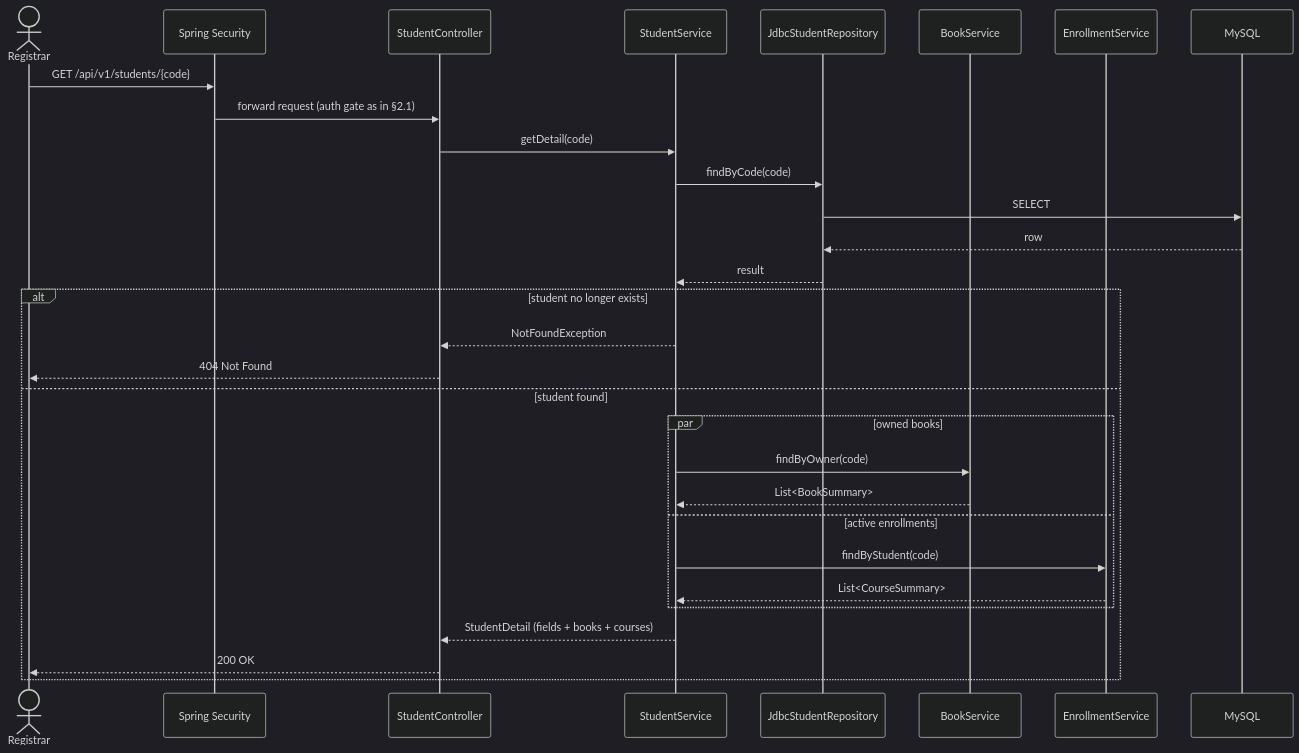
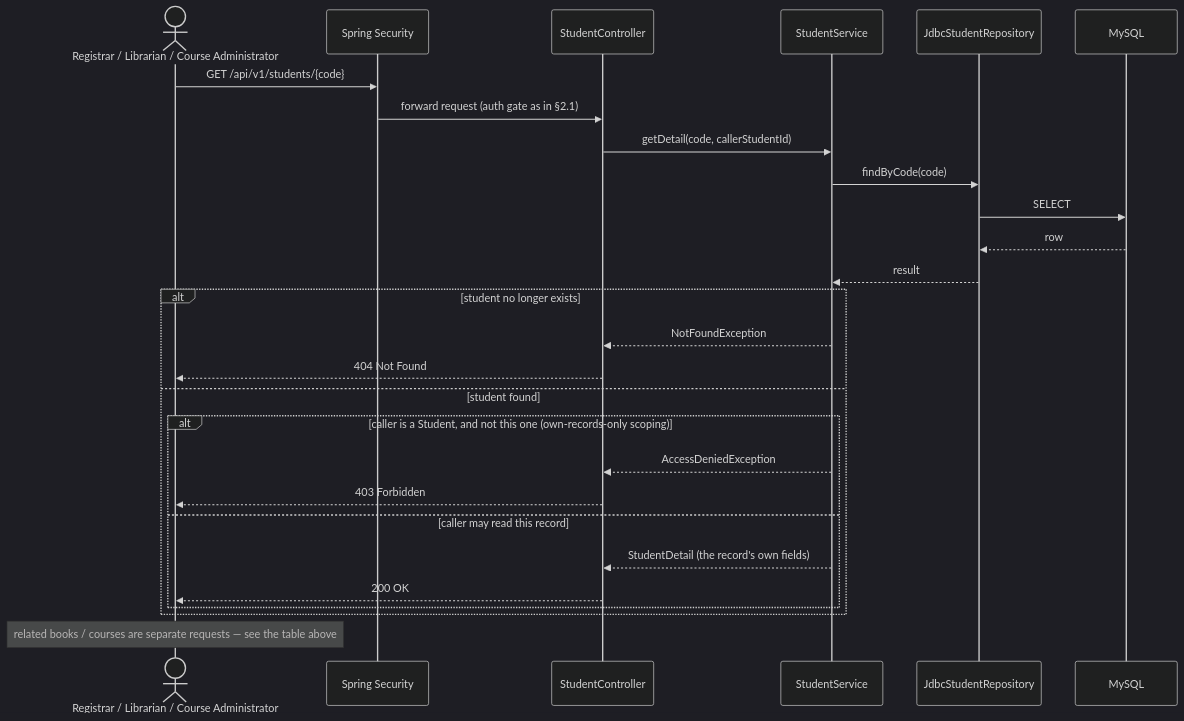
One commit to phuchoang2005/Student-Management-System changed the fifth of 23 diagrams in docs/SA-docs/03-sequence-diagrams.md. Above: the diagram before and after it, drawn with Mermaid (dark theme). The commit also changed other lines of this file and 241 other files, not shown here.

````diff
--- a/docs/SA-docs/03-sequence-diagrams.md
+++ b/docs/SA-docs/03-sequence-diagrams.md
@@ -212,33 +219,30 @@
 ```mermaid
 sequenceDiagram
-    actor Registrar
+    actor Caller as Registrar / Librarian / Course Administrator
     participant Sec as Spring Security
     participant Ctrl as StudentController
     participant Svc as StudentService
     participant Repo as JdbcStudentRepository
-    participant BookSvc as BookService
-    participant EnrollSvc as EnrollmentService
     participant DB as MySQL
 
-    Registrar->>Sec: GET /api/v1/students/{code}
+    Caller->>Sec: GET /api/v1/students/{code}
     Sec->>Ctrl: forward request (auth gate as in §2.1)
-    Ctrl->>Svc: getDetail(code)
+    Ctrl->>Svc: getDetail(code, callerStudentId)
     Svc->>Repo: findByCode(code)
     Repo->>DB: SELECT
     DB-->>Repo: row
     Repo-->>Svc: result
     alt student no longer exists
         Svc-->>Ctrl: NotFoundException
-        Ctrl-->>Registrar: 404 Not Found
+        Ctrl-->>Caller: 404 Not Found
     else student found
-        par owned books
-            Svc->>BookSvc: findByOwner(code)
-            BookSvc-->>Svc: List<BookSummary>
-        and active enrollments
-            Svc->>EnrollSvc: findByStudent(code)
-            EnrollSvc-->>Svc: List<CourseSummary>
+        alt caller is a Student, and not this one (own-records-only scoping)
+            Svc-->>Ctrl: AccessDeniedException
+            Ctrl-->>Caller: 403 Forbidden
+        else caller may read this record
+            Svc-->>Ctrl: StudentDetail (the record's own fields)
+            Ctrl-->>Caller: 200 OK
         end
-        Svc-->>Ctrl: StudentDetail (fields + books + courses)
-        Ctrl-->>Registrar: 200 OK
     end
+    Note over Caller: related books / courses are separate requests — see the table above
 ```
````
